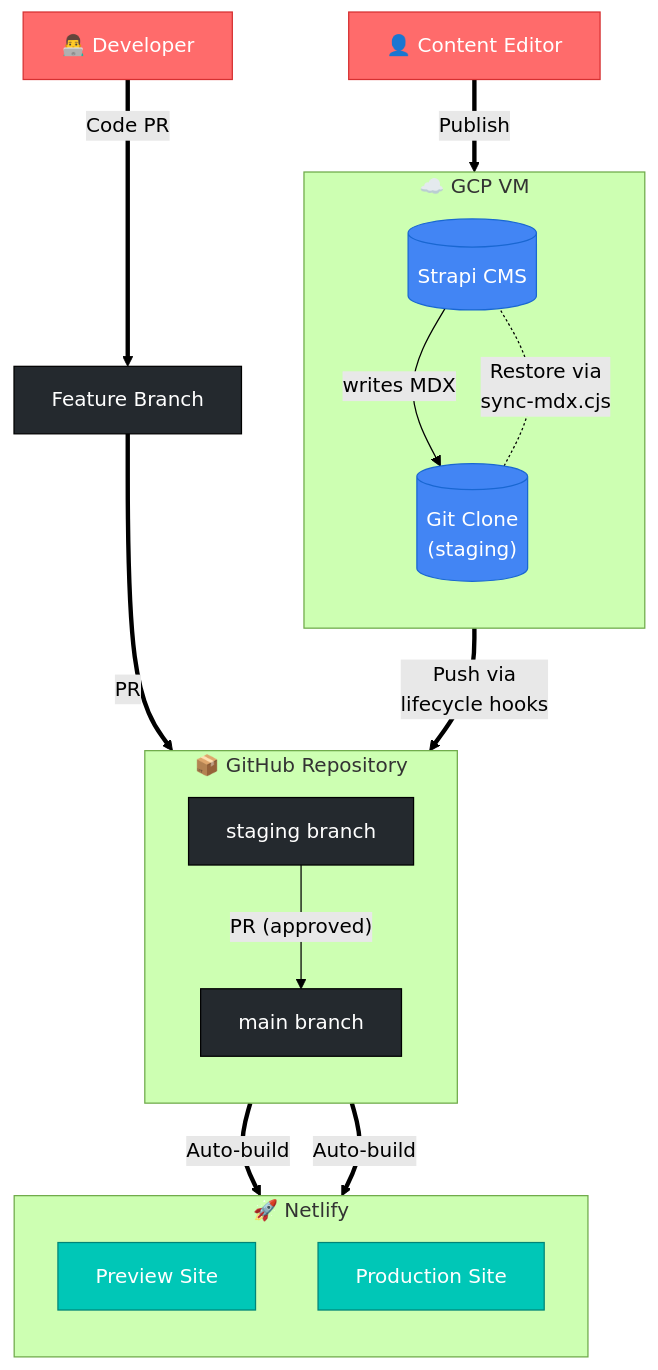
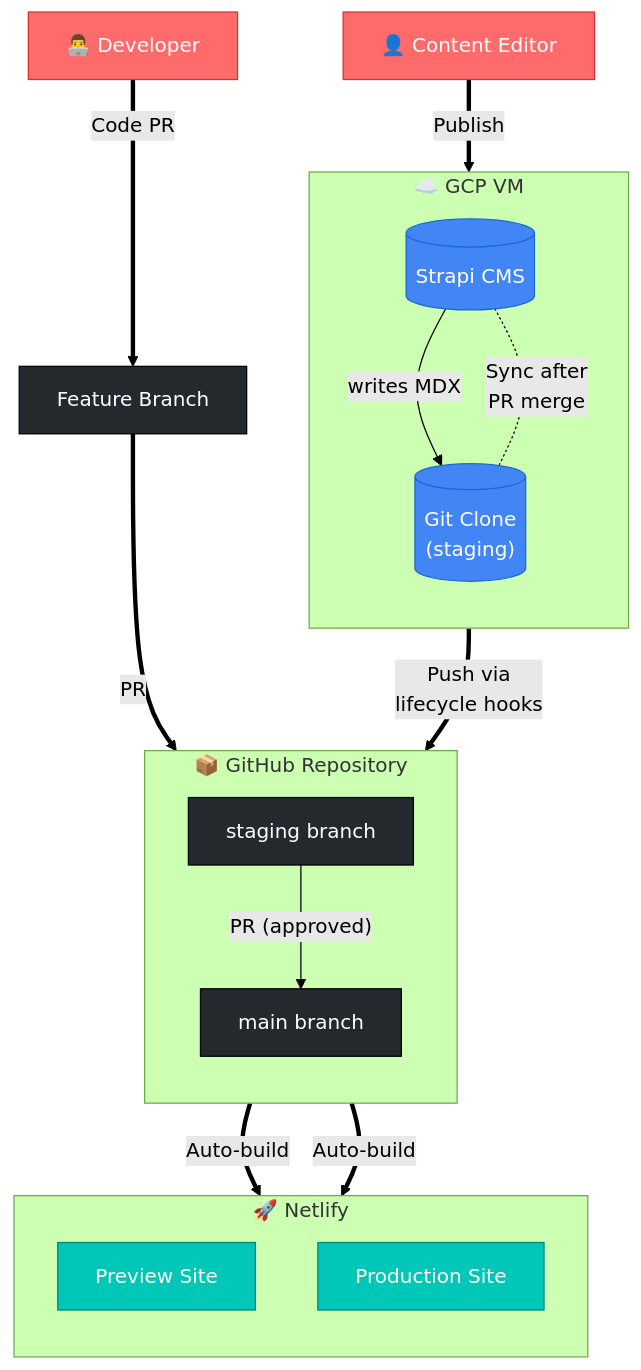
The diagram in README.md (interledger/interledger.org-v5), drawn with Mermaid (forest theme) before and after one commit. The commit also changed other lines of this file, not shown here.

Commit message:
docs: diagram update

````diff
--- a/README.md
+++ b/README.md
@@ -20,49 +19,49 @@
 ```mermaid
 flowchart
     subgraph gcp["☁️ GCP VM"]
         direction TB
         strapi[(Strapi CMS)]
         gitclone[("Git Clone<br/>(staging)")]
         strapi -->|"writes MDX"| gitclone
     end
     
     subgraph github["📦 GitHub Repository"]
         direction TB
         staging["staging branch"]
         main["main branch"]
     end
     
     subgraph netlify["🚀 Netlify"]
         direction TB
         preview["Preview Site"]
         production["Production Site"]
     end
     
     editor["👤 Content Editor"]
     dev["👨‍💻 Developer"]
     feature["Feature Branch"]
     
     editor ==>|"Publish"| strapi
     dev ==>|"Code PR"| feature
     
     gitclone ==>|"Push via<br/>lifecycle hooks"| staging
     feature ==>|"PR"| staging
     
     staging ==>|"Auto-build"| preview
     staging -->|"PR (approved)"| main
     
     main ==>|"Auto-build"| production
     
-    gitclone -.-|"Restore via<br/>sync-mdx.cjs"| strapi
+    gitclone -.-|"Sync after<br/>PR merge"| strapi
     
     classDef gcpStyle fill:#4285f4,stroke:#1967d2,color:#fff
     classDef githubStyle fill:#24292e,stroke:#000,color:#fff
     classDef netlifyStyle fill:#00c7b7,stroke:#008577,color:#fff
     classDef userStyle fill:#ff6b6b,stroke:#d63031,color:#fff
     classDef branchStyle fill:#6c5ce7,stroke:#5f3dc4,color:#fff
     
     class strapi,gitclone gcpStyle
     class staging,main,feature githubStyle
     class preview,production netlifyStyle
     class editor,dev userStyle
 ```
````
